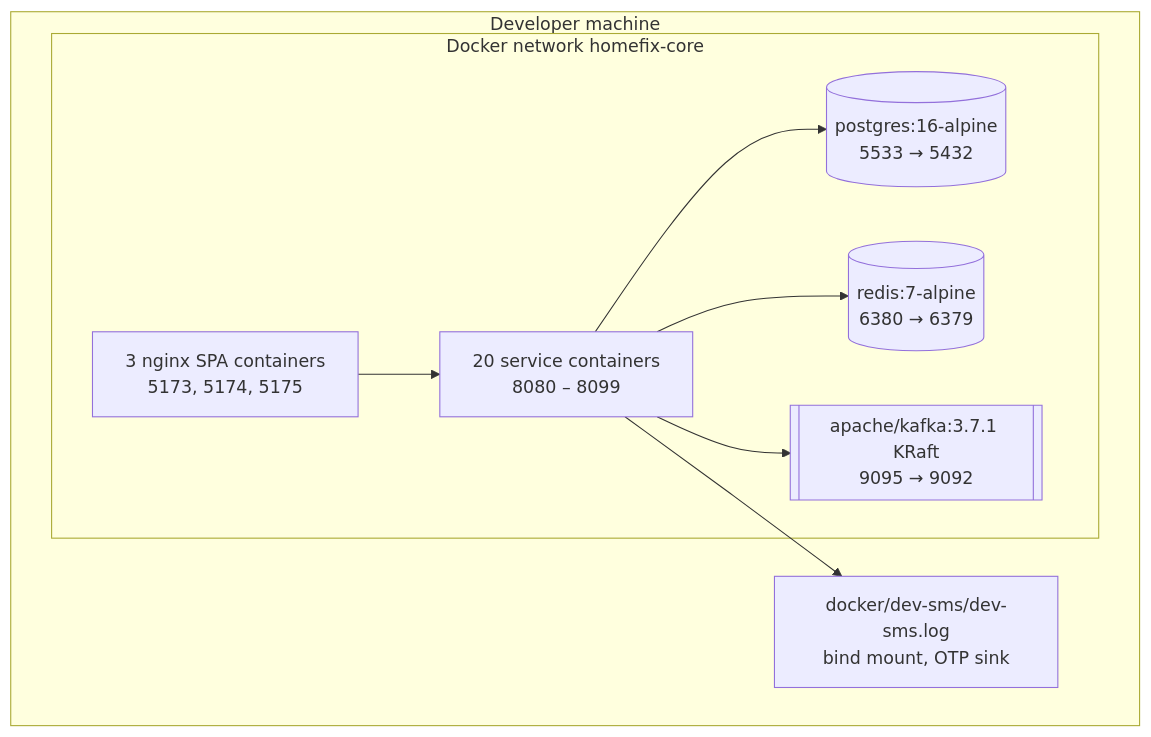
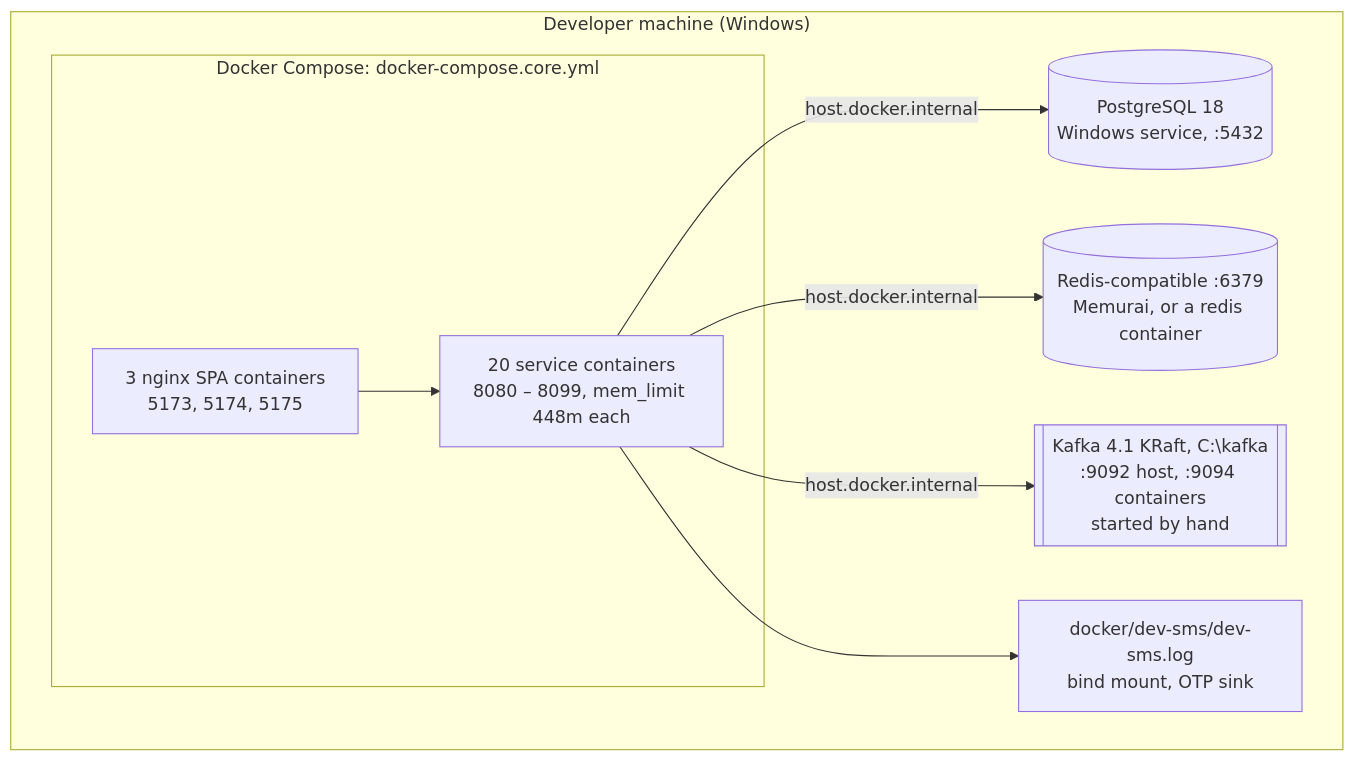
Diagram 26 of 28 in docs/ARCHITECTURE.md (KripaGIT009/home-fix), drawn with Mermaid before and after one commit. The commit also changed other lines of this file and 7 other files, not shown here.

````diff
--- a/docs/ARCHITECTURE.md
+++ b/docs/ARCHITECTURE.md
@@ -1213,17 +1415,17 @@
 ```mermaid
 graph TB
-    subgraph Host["Developer machine"]
-        subgraph net["Docker network homefix-core"]
-            PG[("postgres:16-alpine<br/>5533 → 5432")]
-            RD[("redis:7-alpine<br/>6380 → 6379")]
-            KF[["apache/kafka:3.7.1 KRaft<br/>9095 → 9092"]]
-            S["20 service containers<br/>8080 – 8099"]
+    subgraph Host["Developer machine (Windows)"]
+        PG[("PostgreSQL 18<br/>Windows service, :5432")]
+        RD[("Redis-compatible :6379<br/>Memurai, or a redis container")]
+        KF[["Kafka 4.1 KRaft, C:\kafka<br/>:9092 host, :9094 containers<br/>started by hand"]]
+        subgraph net["Docker Compose: docker-compose.core.yml"]
+            S["20 service containers<br/>8080 – 8099, mem_limit 448m each"]
             W["3 nginx SPA containers<br/>5173, 5174, 5175"]
         end
         SMS["docker/dev-sms/dev-sms.log<br/>bind mount, OTP sink"]
     end
 
     W --> S
-    S --> PG & RD & KF
+    S -->|host.docker.internal| PG & RD & KF
     S --> SMS
 ```
````
